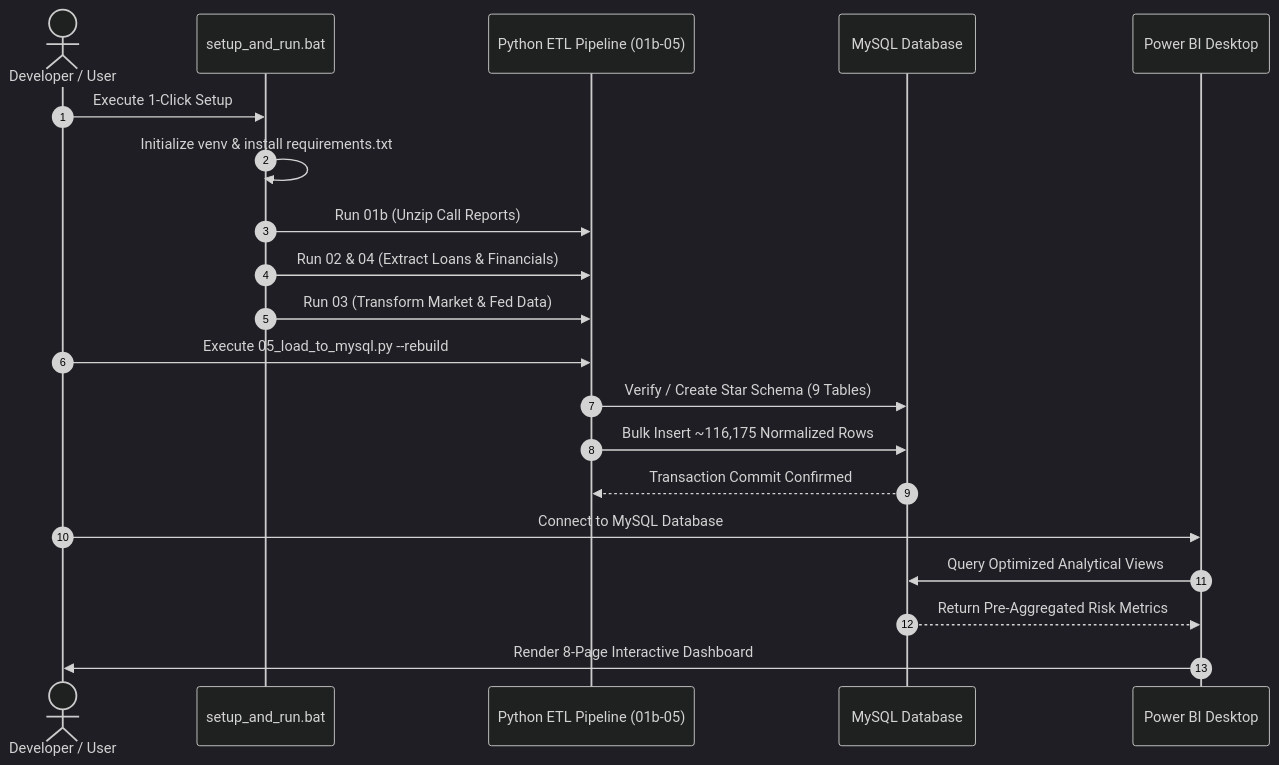
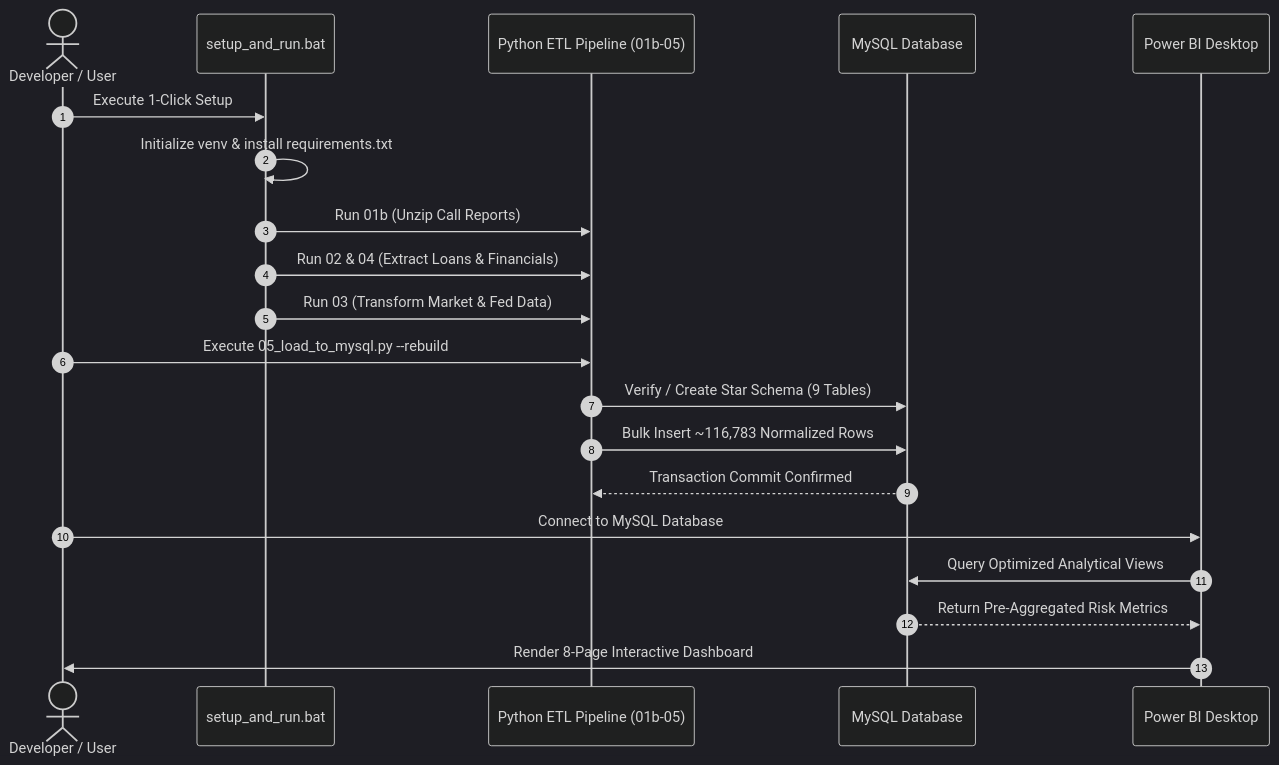
The sixth of 11 diagrams in docs/04_System_Analysis_and_Design.md (abdalatyf/Financial_Risk_EWS), drawn with Mermaid (dark theme) before and after one commit. The commit also changed other lines of this file and 6 other files, not shown here.

````diff
--- a/docs/04_System_Analysis_and_Design.md
+++ b/docs/04_System_Analysis_and_Design.md
@@ -255,23 +255,23 @@
 ```mermaid
 sequenceDiagram
     autonumber
     actor Dev as Developer / User
     participant Bat as setup_and_run.bat
     participant Py as Python ETL Pipeline (01b-05)
     participant DB as MySQL Database
     participant BI as Power BI Desktop
 
     Dev->>Bat: Execute 1-Click Setup
     Bat->>Bat: Initialize venv & install requirements.txt
     Bat->>Py: Run 01b (Unzip Call Reports)
     Bat->>Py: Run 02 & 04 (Extract Loans & Financials)
     Bat->>Py: Run 03 (Transform Market & Fed Data)
     Dev->>Py: Execute 05_load_to_mysql.py --rebuild
     Py->>DB: Verify / Create Star Schema (9 Tables)
-    Py->>DB: Bulk Insert ~116,175 Normalized Rows
+    Py->>DB: Bulk Insert ~116,783 Normalized Rows
     DB-->>Py: Transaction Commit Confirmed
     Dev->>BI: Connect to MySQL Database
     BI->>DB: Query Optimized Analytical Views
     DB-->>BI: Return Pre-Aggregated Risk Metrics
     BI->>Dev: Render 8-Page Interactive Dashboard
 ```
````
